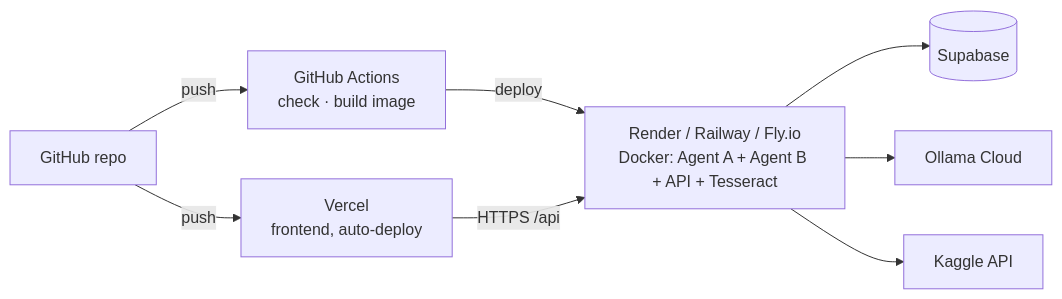
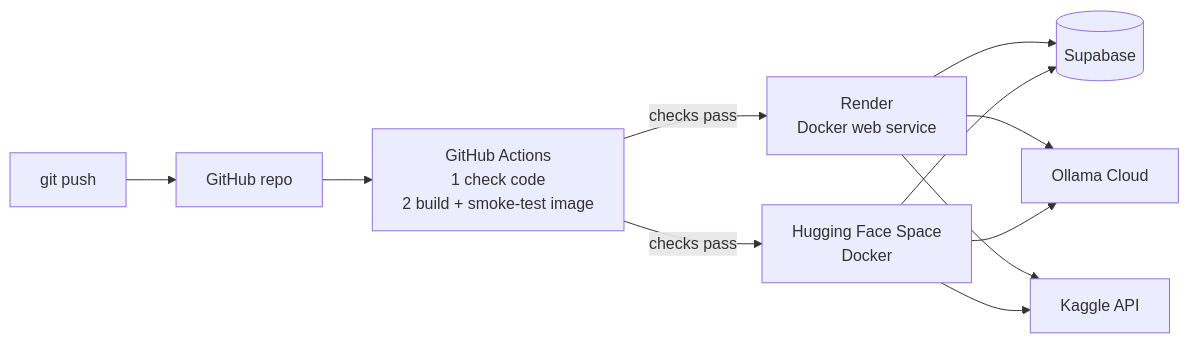
The diagram in docs/8-deployment.md (BaranikumarNagarajan/NexusAI), drawn with Mermaid before and after one commit. The commit also changed other lines of this file and 9 other files, not shown here.

First line of the commit message:
Add Docker image, CI/CD workflow and deployment guide (Render, Hugging Face Spaces)

````diff
--- a/docs/8-deployment.md
+++ b/docs/8-deployment.md
@@ -9,10 +9,13 @@
 ```mermaid
 flowchart LR
-    GH[GitHub repo] -- push --> CI[GitHub Actions<br/>check · build image]
-    GH -- push --> V[Vercel<br/>frontend, auto-deploy]
-    CI -- deploy --> R[Render / Railway / Fly.io<br/>Docker: Agent A + Agent B + API + Tesseract]
-    V -- HTTPS /api --> R
+    Dev[git push] --> GH[GitHub repo]
+    GH --> CI[GitHub Actions<br/>1 check code<br/>2 build + smoke-test image]
+    CI -- checks pass --> R[Render<br/>Docker web service]
+    CI -- checks pass --> HF[Hugging Face Space<br/>Docker]
     R --> S[(Supabase)]
     R --> O[Ollama Cloud]
     R --> K[Kaggle API]
+    HF --> S
+    HF --> O
+    HF --> K
 ```
````
